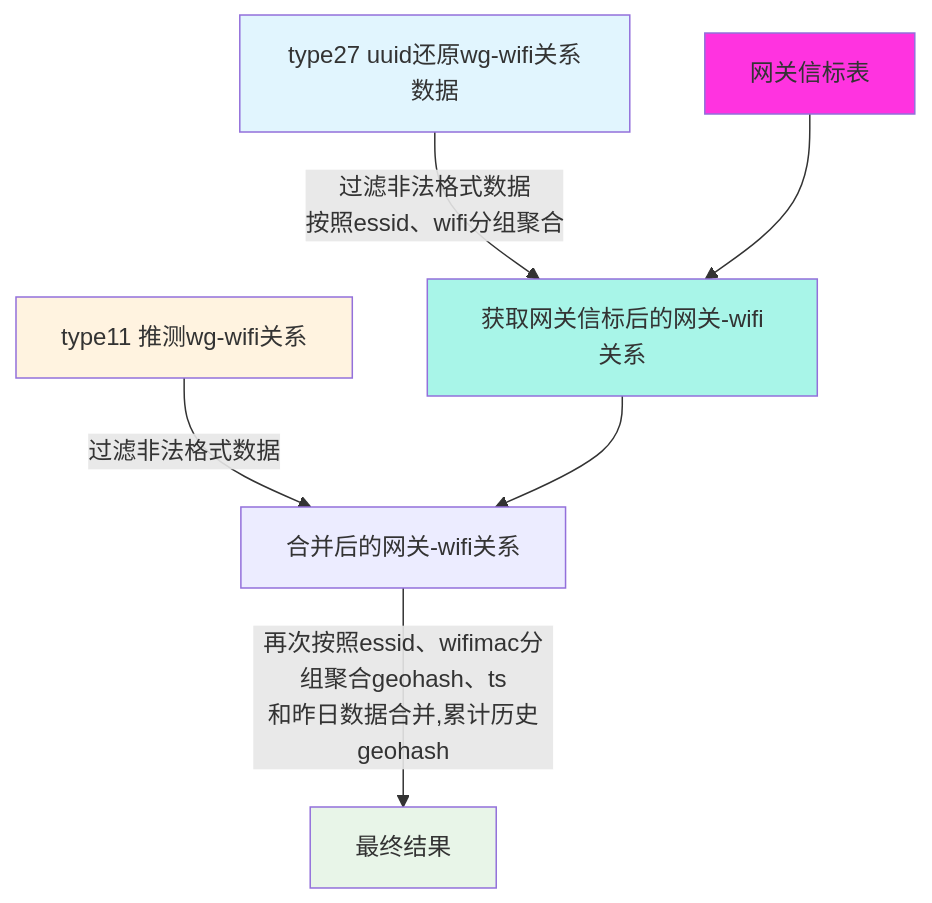
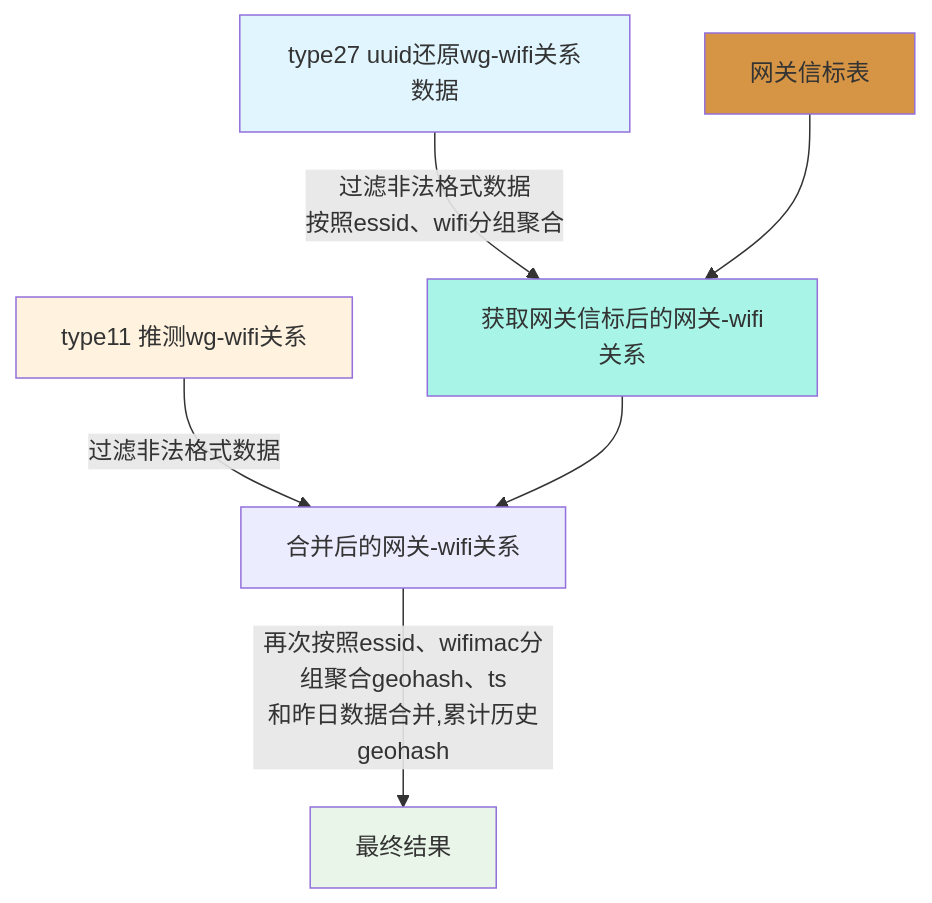
Before and after one commit to ralph-wren/TechStack-Handbook: the second of 12 diagrams in 10.markdown.md, drawn with Mermaid. The commit also changed other lines of this file and 3 other files, not shown here.

First line of the commit message:
docs(10.markdown.md): 更新数据处理流程图

````diff
--- a/10.markdown.md
+++ b/10.markdown.md
@@ -975,15 +975,15 @@
 ```mermaid
 graph TD
     A["type27 uuid还原wg-wifi关系数据"] -->|过滤非法格式数据</br>按照essid、wifi分组聚合| E["获取网关信标后的网关-wifi关系"]
     B["type11 推测wg-wifi关系"] -->|过滤非法格式数据| C["合并后的网关-wifi关系"]
     D["网关信标表"]--> E
     E --> C
     C -->|再次按照essid、wifimac分组聚合geohash、ts</br>和昨日数据合并,累计历史geohash| F["最终结果"]
 
     style A fill:#e1f5fe
-    style D fill:#ff33e0
+    style D fill:#D69545
     style F fill:#e8f5e8
     style B fill:#fff3e0
     style E fill:#a8f5e8
 
 ```
````
